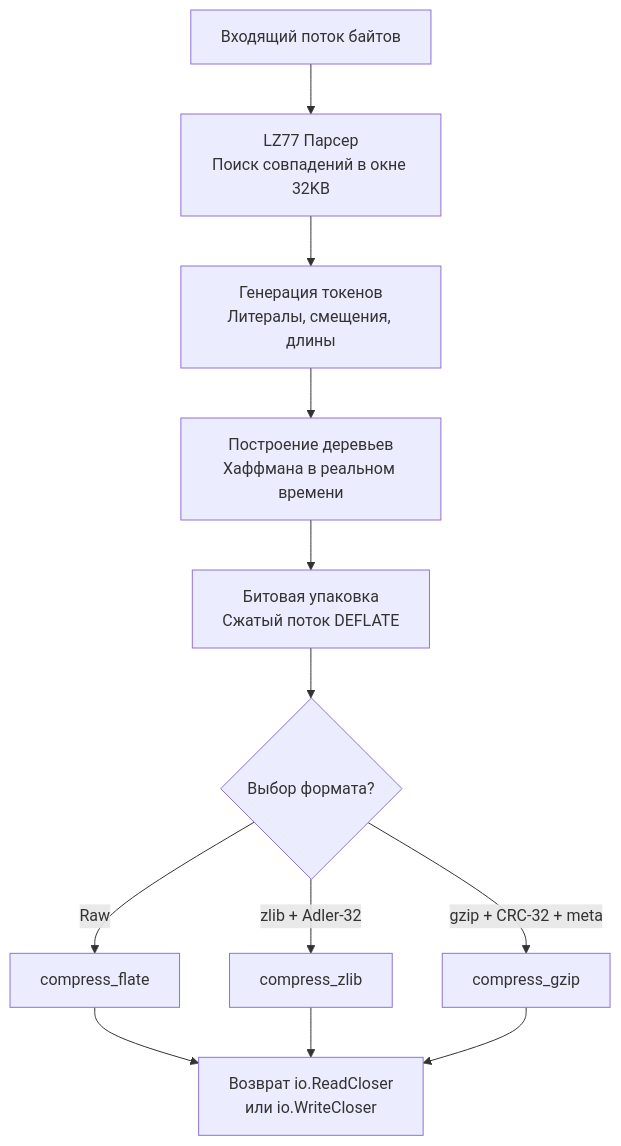
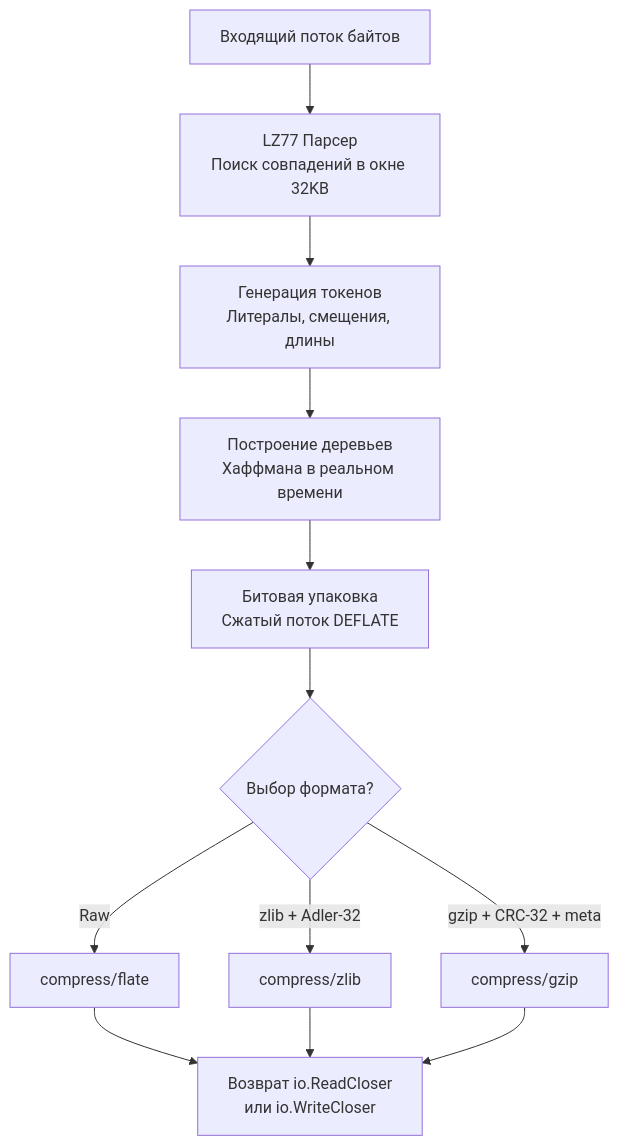
One commit to UnrealTemplier/go-textbook changed the diagram in sources/6. Стандартная библиотека Go/42. compress_gzip, zlib, flate.md. Above: the diagram before and after it, drawn with Mermaid. The commit also changed 1421 other files, not shown here.

````diff
--- a/sources/6. Стандартная библиотека Go/42. compress_gzip, zlib, flate.md
+++ b/sources/6. Стандартная библиотека Go/42. compress_gzip, zlib, flate.md
@@ -24,14 +24,14 @@
 ```mermaid
 flowchart TD
     A["Входящий поток байтов"] --> B["LZ77 Парсер<br>Поиск совпадений в окне 32KB"]
     B --> C["Генерация токенов<br>Литералы, смещения, длины"]
     C --> D["Построение деревьев<br>Хаффмана в реальном времени"]
     D --> E["Битовая упаковка<br>Сжатый поток DEFLATE"]
     E --> F{"Выбор формата?"}
-    F -->|Raw| G["compress_flate"]
-    F -->|zlib + Adler-32| H["compress_zlib"]
-    F -->|gzip + CRC-32 + meta| I["compress_gzip"]
+    F -->|Raw| G["compress/flate"]
+    F -->|zlib + Adler-32| H["compress/zlib"]
+    F -->|gzip + CRC-32 + meta| I["compress/gzip"]
     G --> J["Возврат io.ReadCloser<br>или io.WriteCloser"]
     H --> J
     I --> J
 ```
````
